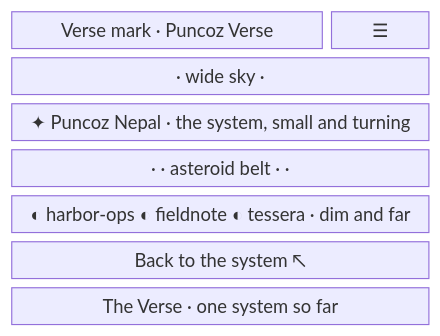
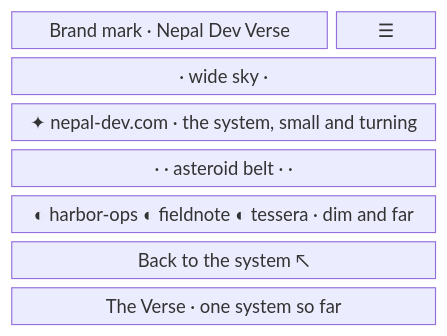
One commit to nepal-dev-com/docs.nepal-dev.com changed the fifth of 6 diagrams in content/docs/maintain/app-flow/universe-theme.mdx. Above: the diagram before and after it, drawn with Mermaid. The commit also changed other lines of this file and 145 other files, not shown here.

Commit message:
nepal dev docs

````diff
--- a/content/docs/maintain/app-flow/universe-theme.mdx
+++ b/content/docs/maintain/app-flow/universe-theme.mdx
@@ -161,11 +163,11 @@
 ```mermaid
 block-beta
   columns 4
-  mark["Verse mark · Puncoz Verse"]:3 menu["☰"]
+  mark["Brand mark · Nepal Dev Verse"]:3 menu["☰"]
   sky1["· wide sky ·"]:4
-  sys["✦ Puncoz Nepal · the system, small and turning"]:4
+  sys["✦ nepal-dev.com · the system, small and turning"]:4
   belt["· · asteroid belt · ·"]:4
   far["◐ harbor-ops ◐ fieldnote ◐ tessera · dim and far"]:4
   back["Back to the system ↖"]:4
   cap["The Verse · one system so far"]:4
 ```
````
